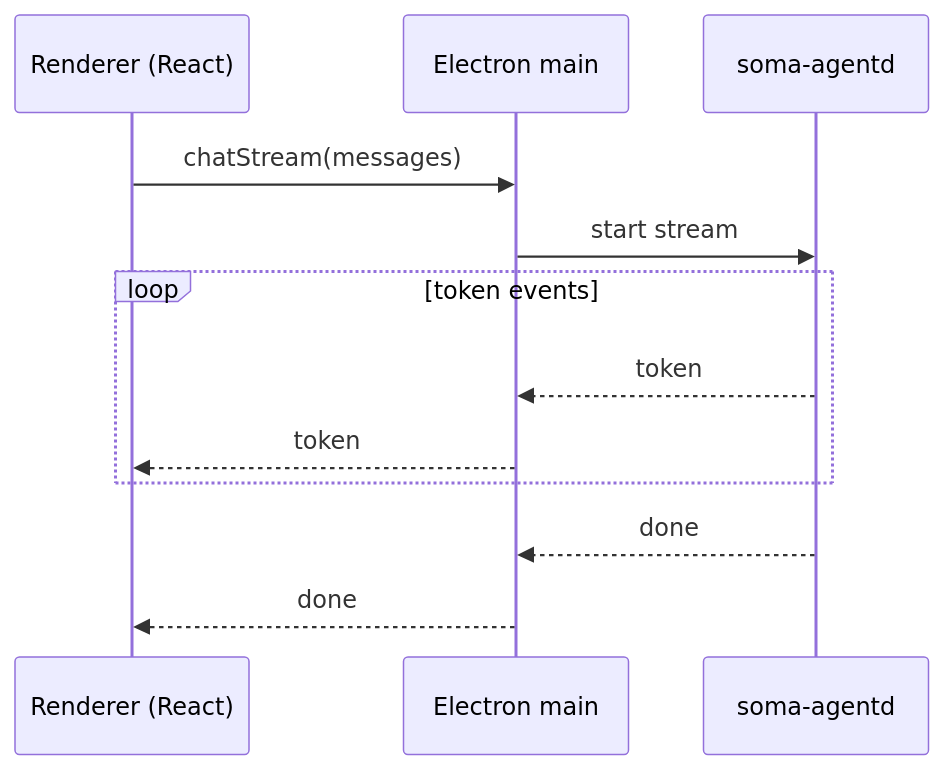
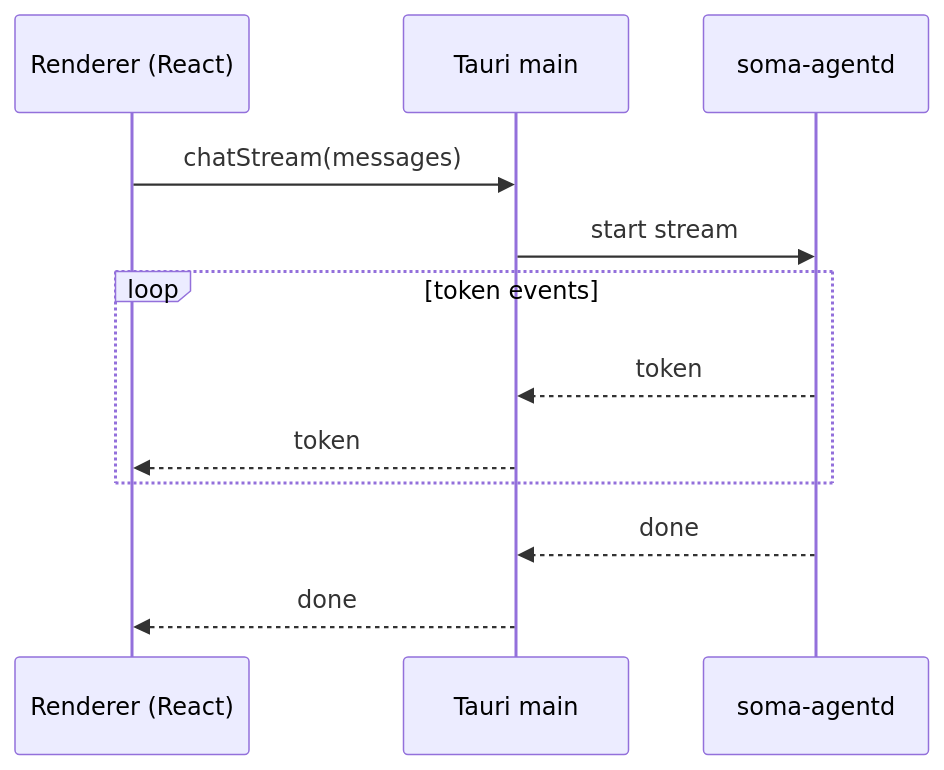
Before and after one commit to stephane-segning/soma: the fourth of 4 diagrams in docs/src/architecture/e2e-flows.md, drawn with Mermaid. The commit also changed other lines of this file and 10 other files, not shown here.

````diff
--- a/docs/src/architecture/e2e-flows.md
+++ b/docs/src/architecture/e2e-flows.md
@@ -97,15 +97,15 @@
 ```mermaid
 sequenceDiagram
   participant R as Renderer (React)
-  participant M as Electron main
+  participant M as Tauri main
   participant A as soma-agentd
 
   R->>M: chatStream(messages)
   M->>A: start stream
   loop token events
     A-->>M: token
     M-->>R: token
   end
   A-->>M: done
   M-->>R: done
 ```
````
